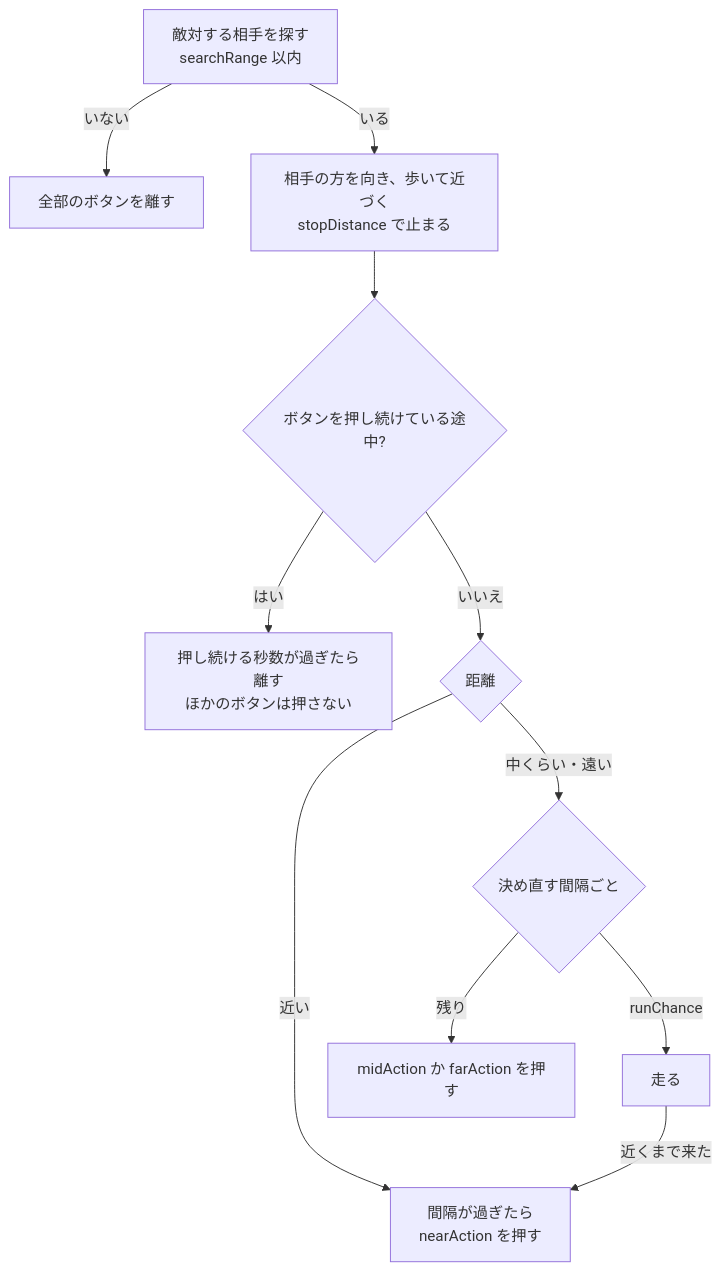
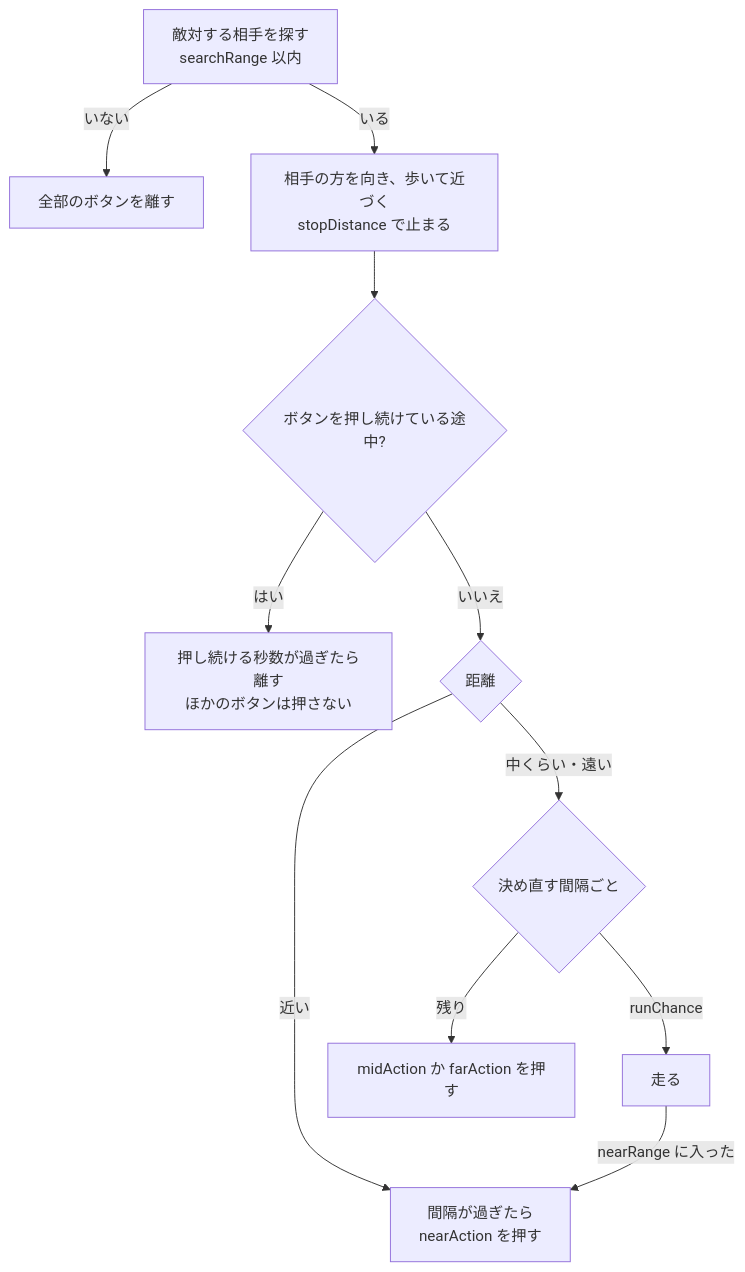
One commit to hirota-ryuki/Action changed the diagram in Action/docs/ゲーム/キャラクター/NPCのAI/NPCのAIの設計.md. Above: the diagram before and after it, drawn with Mermaid. The commit also changed other lines of this file and 60 other files, not shown here.

````diff
--- a/Action/docs/ゲーム/キャラクター/NPCのAI/NPCのAIの設計.md
+++ b/Action/docs/ゲーム/キャラクター/NPCのAI/NPCのAIの設計.md
@@ -20,13 +19,13 @@
 ```mermaid
 flowchart TD
     S[敵対する相手を探す<br/>searchRange 以内] -->|いない| N[全部のボタンを離す]
     S -->|いる| L[相手の方を向き、歩いて近づく<br/>stopDistance で止まる]
     L --> H{ボタンを押し続けている途中?}
     H -->|はい| K[押し続ける秒数が過ぎたら離す<br/>ほかのボタンは押さない]
     H -->|いいえ| R{距離}
     R -->|近い| A[間隔が過ぎたら<br/>nearAction を押す]
     R -->|中くらい・遠い| D{決め直す間隔ごと}
     D -->|runChance| RUN[走る]
     D -->|残り| B[midAction か farAction を押す]
-    RUN -->|近くまで来た| A
+    RUN -->|nearRange に入った| A
 ```
````
